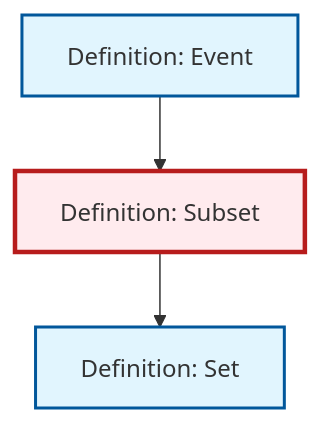
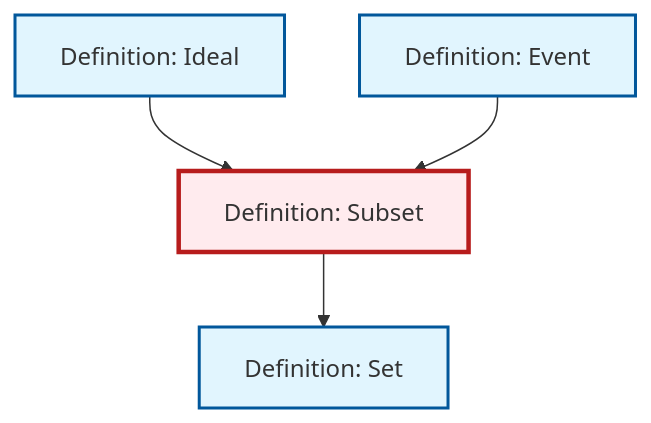
Before and after one commit to RK0429/ModernMath: the diagram in content/ja/logic-set-theory/def-subset.qmd, drawn with Mermaid. The commit also changed 530 other files, not shown here.

````diff
--- a/content/ja/logic-set-theory/def-subset.qmd
+++ b/content/ja/logic-set-theory/def-subset.qmd
@@ -50,17 +50,20 @@
 ```{mermaid}
 %%| fig-cap: "Local dependency graph"
 graph TD
     classDef definition fill:#e1f5fe,stroke:#01579b,stroke-width:2px
     classDef theorem fill:#f3e5f5,stroke:#4a148c,stroke-width:2px
     classDef axiom fill:#fff3e0,stroke:#e65100,stroke-width:2px
     classDef example fill:#e8f5e9,stroke:#1b5e20,stroke-width:2px
     classDef current fill:#ffebee,stroke:#b71c1c,stroke-width:3px
+    def-subset["Definition: Subset"]:::definition
+    def-ideal["Definition: Ideal"]:::definition
+    def-event["Definition: Event"]:::definition
     def-set["Definition: Set"]:::definition
-    def-subset["Definition: Subset"]:::definition
-    def-event["Definition: Event"]:::definition
+    def-ideal --> def-subset
+    def-event --> def-subset
     def-subset --> def-set
-    def-event --> def-subset
     class def-subset current
+    click def-ideal "def-ideal.html" "Definition: Idealへ"
+    click def-event "def-event.html" "Definition: Eventへ"
     click def-set "def-set.html" "Definition: Setへ"
-    click def-event "def-event.html" "Definition: Eventへ"
 ```
````
